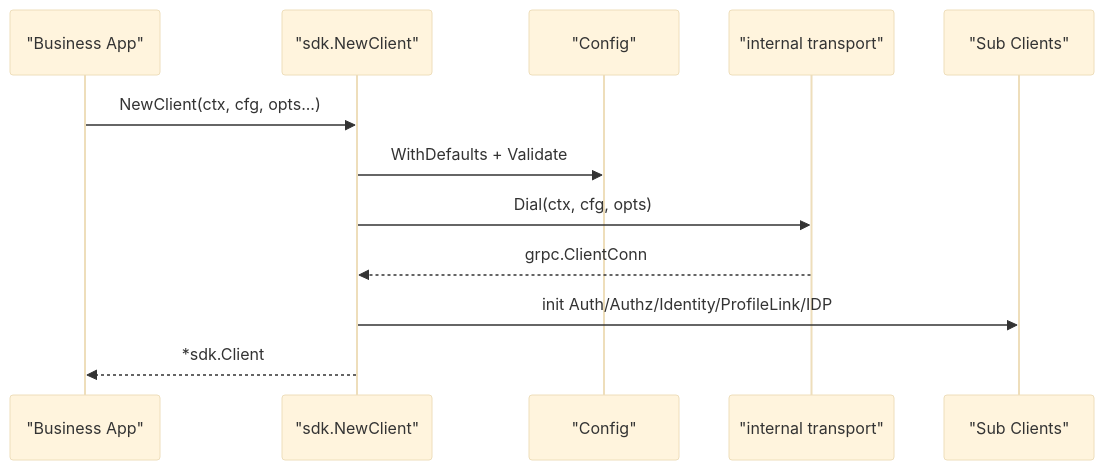
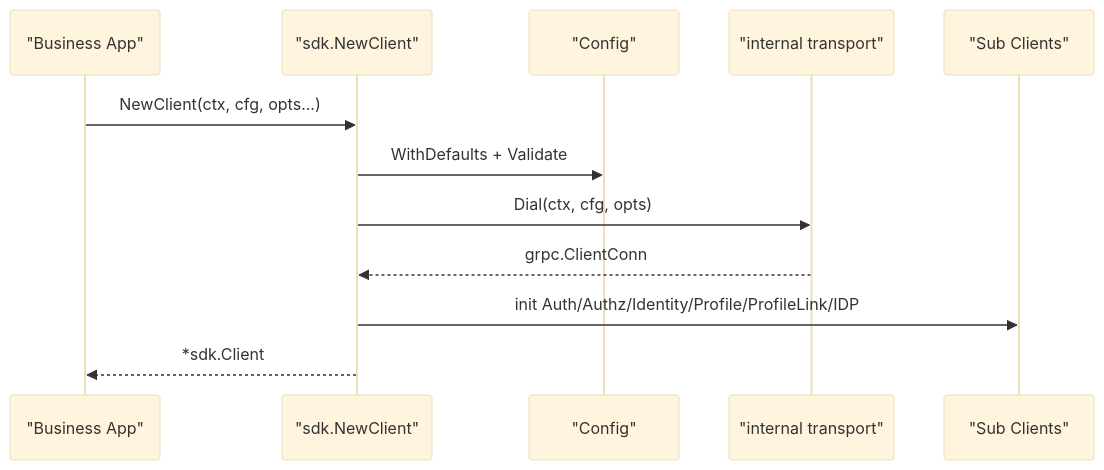
One commit to FangcunMount/iam changed the second of 2 diagrams in docs/05-接入与契约/03-SDK接入模型.md. Above: the diagram before and after it, drawn with Mermaid (base theme). The commit also changed other lines of this file and 12 other files, not shown here.

Commit message:
feat iam sdk 更新：新增 factory.go：identity.NewClientFromConn、NewProfileClientFromConn、NewProfileLinkClientFromConn。 pkg/sdk/client.go 的 initSubClients 改为使用这些工厂，保持拆分式 SDK 装配规则集中。

````diff
--- a/docs/05-接入与契约/03-SDK接入模型.md
+++ b/docs/05-接入与契约/03-SDK接入模型.md
@@ -307,15 +314,15 @@
 ```mermaid
 sequenceDiagram
     participant App as "Business App"
     participant SDK as "sdk.NewClient"
     participant Config as "Config"
     participant Transport as "internal transport"
     participant Sub as "Sub Clients"
 
     App->>SDK: NewClient(ctx, cfg, opts...)
     SDK->>Config: WithDefaults + Validate
     SDK->>Transport: Dial(ctx, cfg, opts)
     Transport-->>SDK: grpc.ClientConn
-    SDK->>Sub: init Auth/Authz/Identity/ProfileLink/IDP
+    SDK->>Sub: init Auth/Authz/Identity/Profile/ProfileLink/IDP
     SDK-->>App: *sdk.Client
 ```
````
